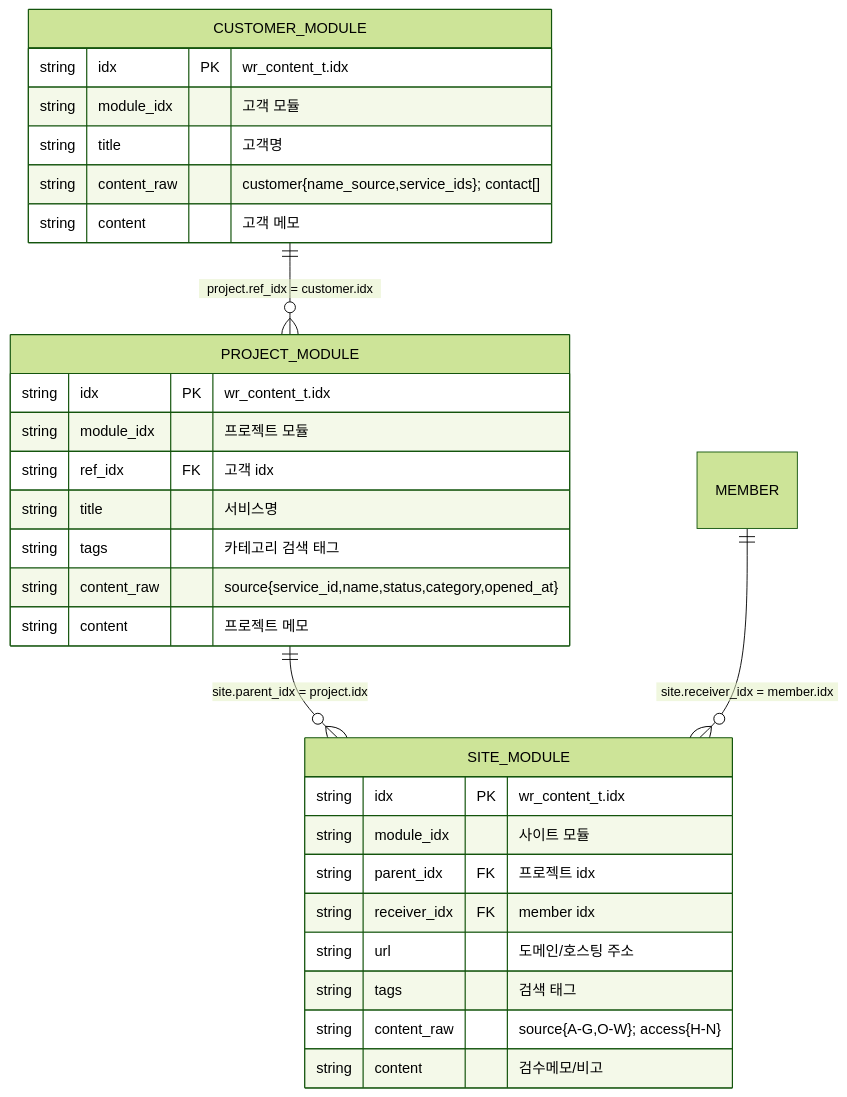
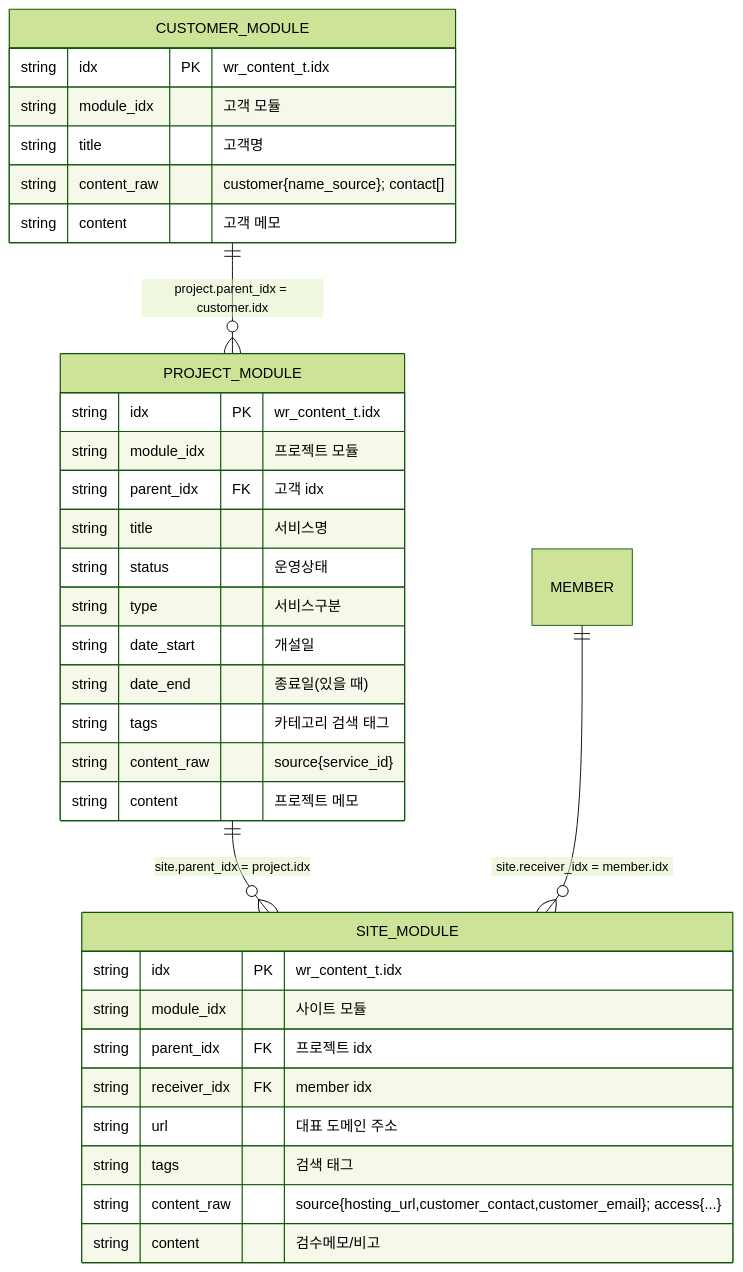
Before and after one commit to gyeolhwi/hermes34-project: the diagram in docs/wr-content-erd.md, drawn with Mermaid (forest theme). The commit also changed other lines of this file and 4 other files, not shown here.

````diff
--- a/docs/wr-content-erd.md
+++ b/docs/wr-content-erd.md
@@ -7,33 +7,37 @@
 ```mermaid
 erDiagram
-    CUSTOMER_MODULE ||--o{ PROJECT_MODULE : "project.ref_idx = customer.idx"
+    CUSTOMER_MODULE ||--o{ PROJECT_MODULE : "project.parent_idx = customer.idx"
     PROJECT_MODULE ||--o{ SITE_MODULE : "site.parent_idx = project.idx"
     MEMBER ||--o{ SITE_MODULE : "site.receiver_idx = member.idx"
 
     CUSTOMER_MODULE {
       string idx PK "wr_content_t.idx"
       string module_idx "고객 모듈"
       string title "고객명"
-      string content_raw "customer{name_source,service_ids}; contact[]"
+      string content_raw "customer{name_source}; contact[]"
       string content "고객 메모"
     }
     PROJECT_MODULE {
       string idx PK "wr_content_t.idx"
       string module_idx "프로젝트 모듈"
-      string ref_idx FK "고객 idx"
+      string parent_idx FK "고객 idx"
       string title "서비스명"
+      string status "운영상태"
+      string type "서비스구분"
+      string date_start "개설일"
+      string date_end "종료일(있을 때)"
       string tags "카테고리 검색 태그"
-      string content_raw "source{service_id,name,status,category,opened_at}"
+      string content_raw "source{service_id}"
       string content "프로젝트 메모"
     }
     SITE_MODULE {
       string idx PK "wr_content_t.idx"
       string module_idx "사이트 모듈"
       string parent_idx FK "프로젝트 idx"
       string receiver_idx FK "member idx"
-      string url "도메인/호스팅 주소"
+      string url "대표 도메인 주소"
       string tags "검색 태그"
-      string content_raw "source{A-G,O-W}; access{H-N}"
+      string content_raw "source{hosting_url,customer_contact,customer_email}; access{...}"
       string content "검수메모/비고"
     }
 ```
````
